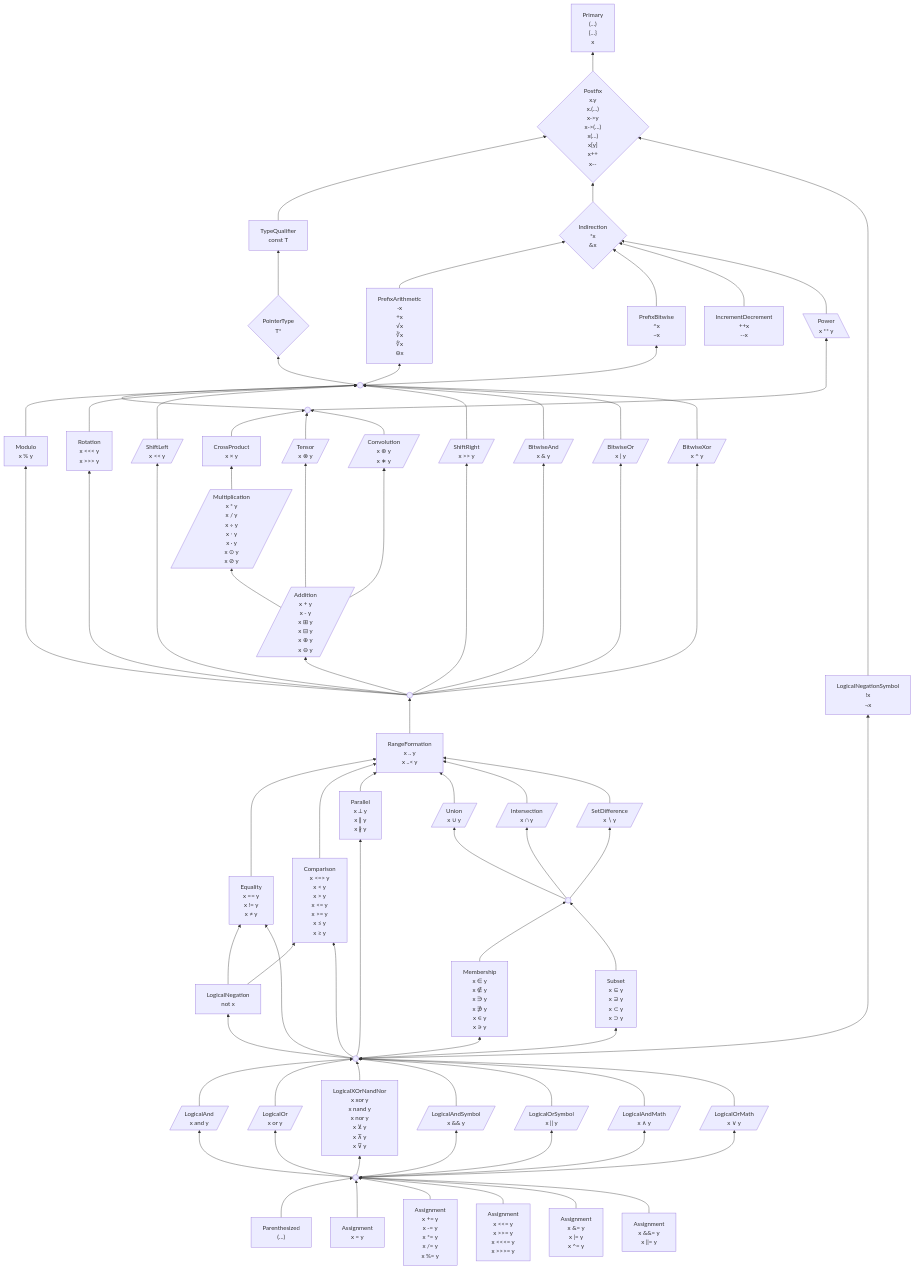
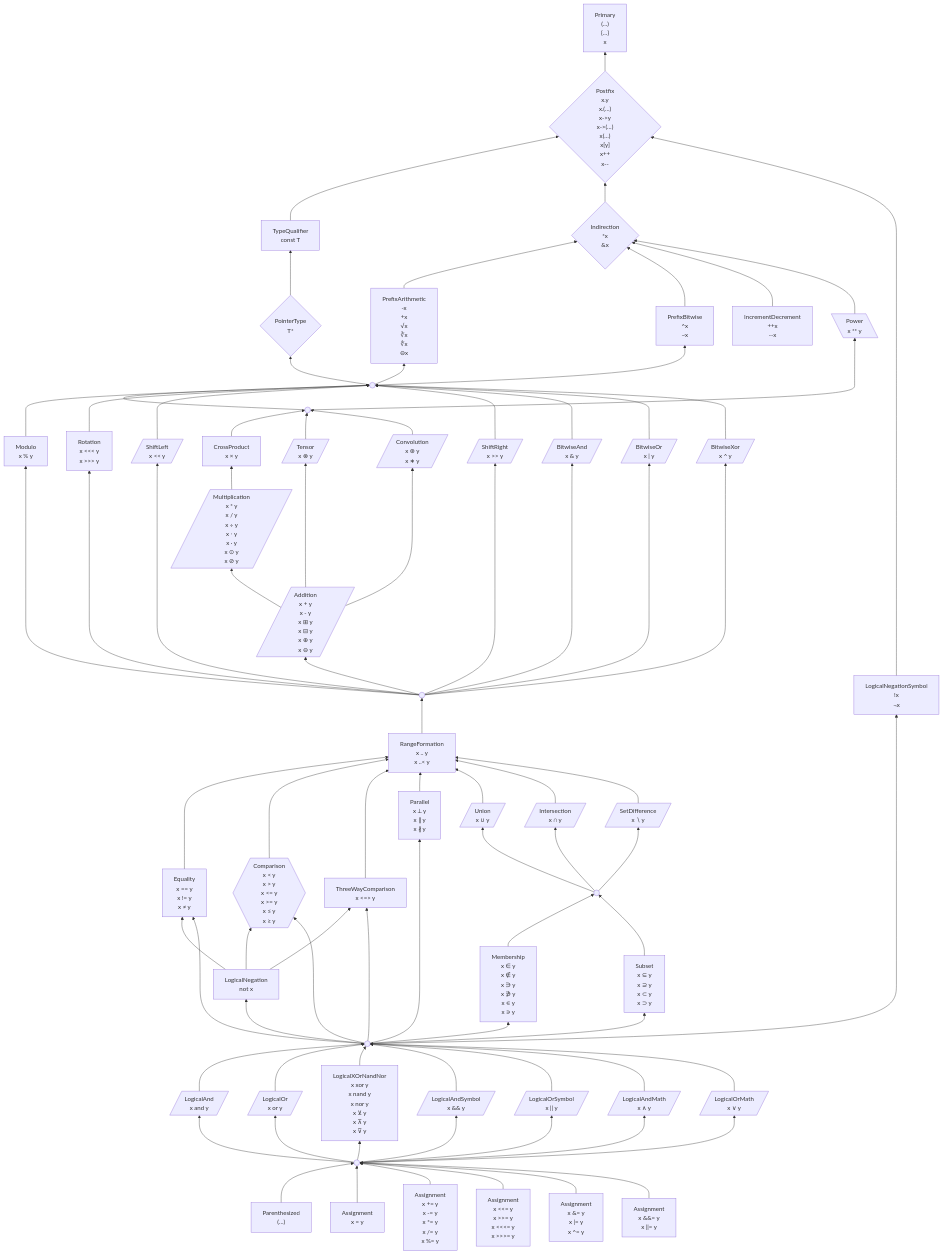
One commit to laro/Cilia changed the first of 2 diagrams in 6 .../2 Unfinished Ideas.md. Above: the diagram before and after it, drawn with Mermaid. The commit also changed other lines of this file, not shown here.

```diff
--- a/6 .../2 Unfinished Ideas.md
+++ b/6 .../2 Unfinished Ideas.md
@@ -306,19 +306,20 @@
 x .. y
 x ..< y"]
 
-    equality & comparison & parallel --> range
+    equality & comparison & threeWay & parallel --> range
     equality["Equality
 x == y
 x != y
 x ≠ y"]
-    comparison["Comparison
-x <=> y
+    comparison{{"Comparison
 x < y
 x > y
 x <= y
 x >= y
 x ≤ y
-x ≥ y"]
+x ≥ y"}}
+    threeWay["ThreeWayComparison
+x <=> y"]
     parallel["Parallel
 x ⟂ y
 x ∥ y
@@ -350,7 +351,7 @@
 x ⊃ y"]
 
     %% `not` binds looser than equality/comparison (as in Carbon): `not a == b` is `not (a == b)`
-    not --> equality & comparison
+    not --> equality & comparison & threeWay
     not["LogicalNegation
 not x"]
 
@@ -363,7 +364,7 @@
 ¬x"]
 
 
-    logicalOperand --> equality & comparison & membership & subset & parallel & not & bang
+    logicalOperand --> equality & comparison & threeWay & membership & subset & parallel & not & bang
     logicalOperand((" "))
 
 
```
